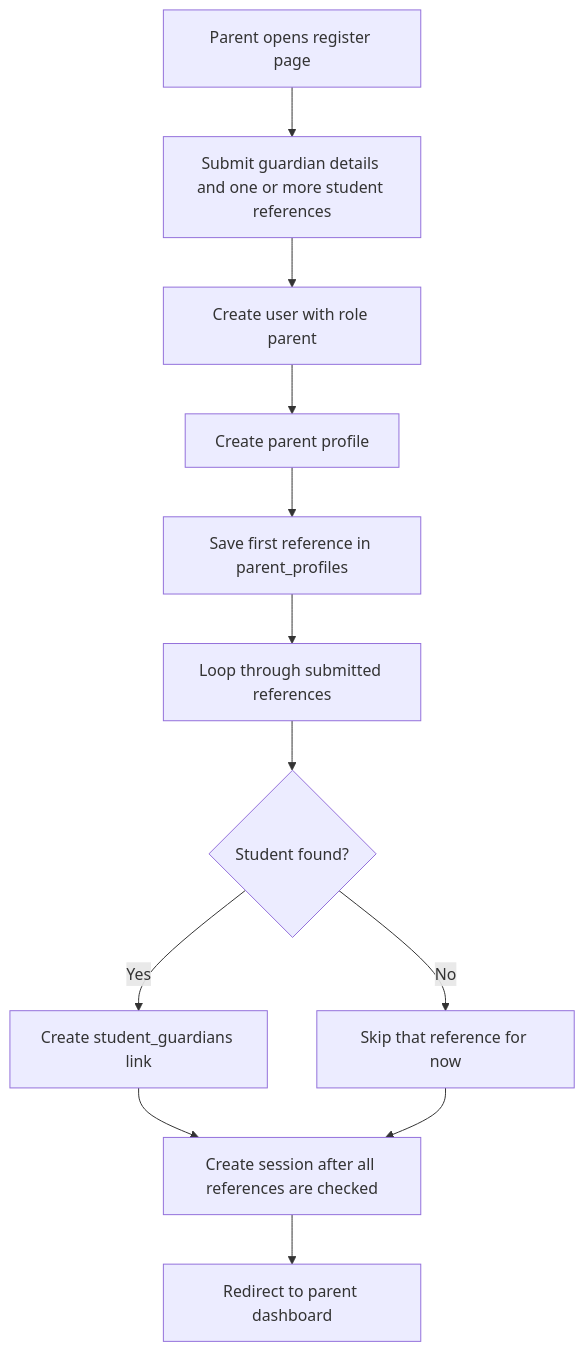
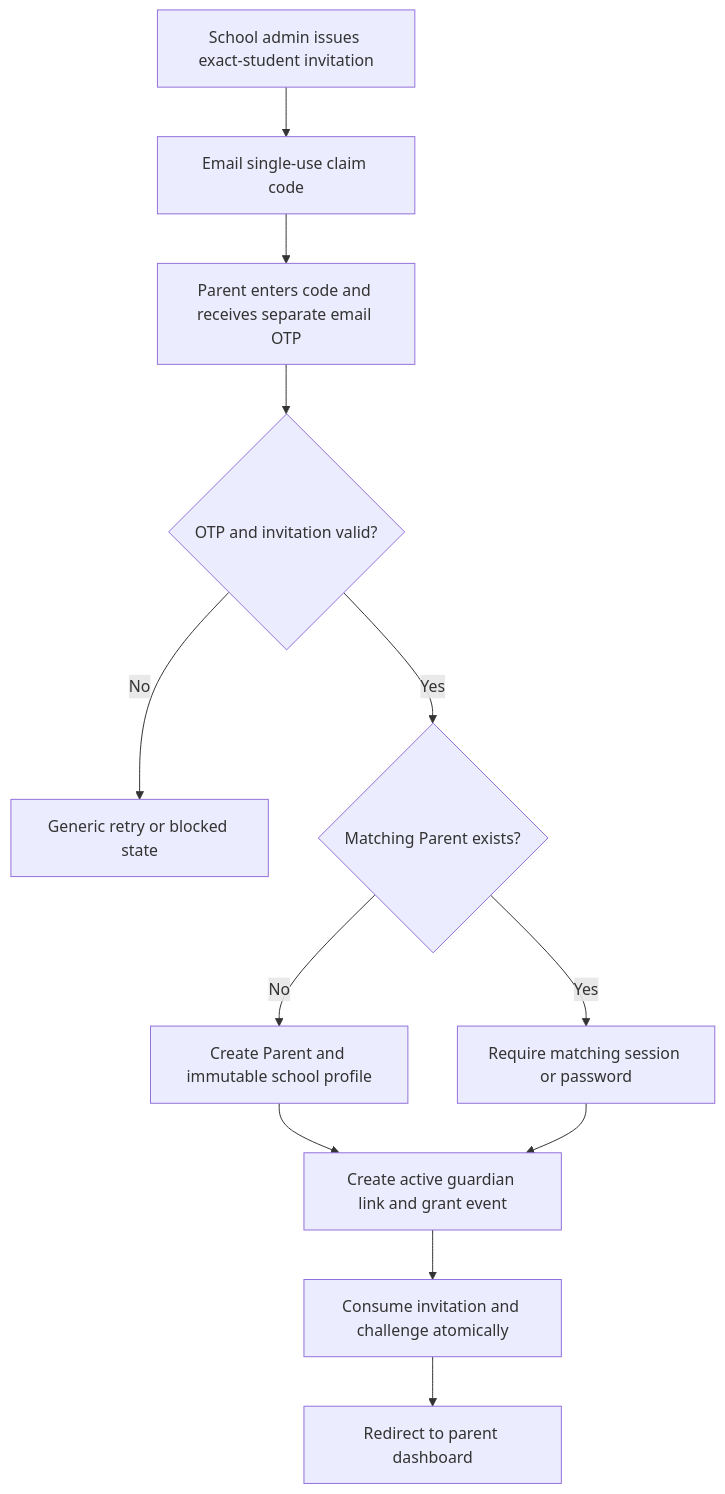
The fifth of 7 diagrams in docs/DATABASE_SCHEMA_PLAN.md (Xeyn19/xmetapay), drawn with Mermaid before and after one commit. The commit also changed other lines of this file and 40 other files, not shown here.

Commit message:
feat(parent): add invitation OTP claim flow

````diff
--- a/docs/DATABASE_SCHEMA_PLAN.md
+++ b/docs/DATABASE_SCHEMA_PLAN.md
@@ -866,14 +878,14 @@
 ```mermaid
 flowchart TD
-  A["Parent opens register page"] --> B["Submit guardian details and one or more student references"]
-  B --> C["Create user with role parent"]
-  C --> D["Create parent profile"]
-  D --> E["Save first reference in parent_profiles"]
-  E --> F["Loop through submitted references"]
-  F --> G{"Student found?"}
-  G -->|Yes| H["Create student_guardians link"]
-  G -->|No| I["Skip that reference for now"]
-  H --> J["Create session after all references are checked"]
-  I --> J
+  A["School admin issues exact-student invitation"] --> B["Email single-use claim code"]
+  B --> C["Parent enters code and receives separate email OTP"]
+  C --> D{"OTP and invitation valid?"}
+  D -->|No| E["Generic retry or blocked state"]
+  D -->|Yes| F{"Matching Parent exists?"}
+  F -->|No| G["Create Parent and immutable school profile"]
+  F -->|Yes| H["Require matching session or password"]
+  G --> I["Create active guardian link and grant event"]
+  H --> I
+  I --> J["Consume invitation and challenge atomically"]
   J --> K["Redirect to parent dashboard"]
 ```
````
